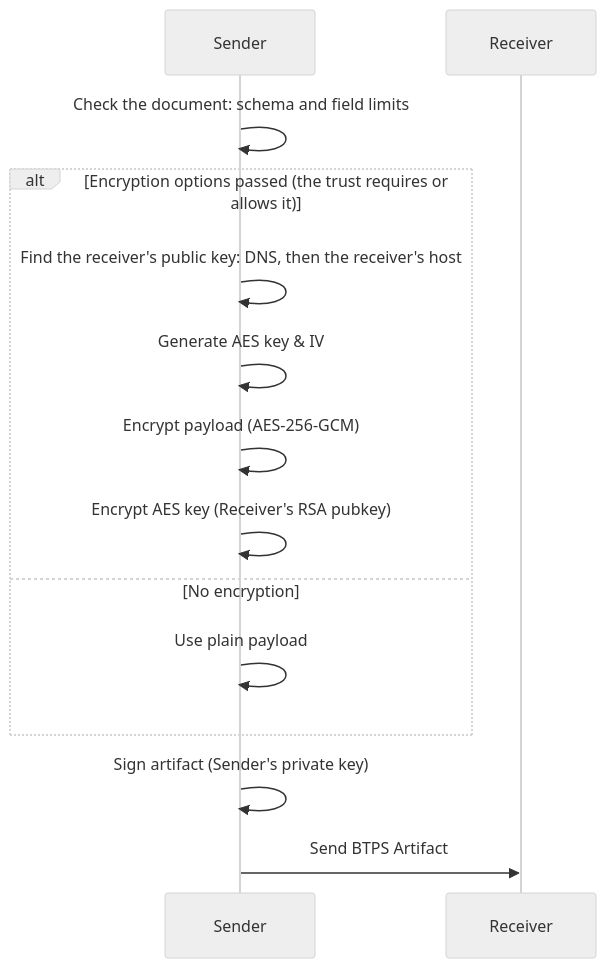
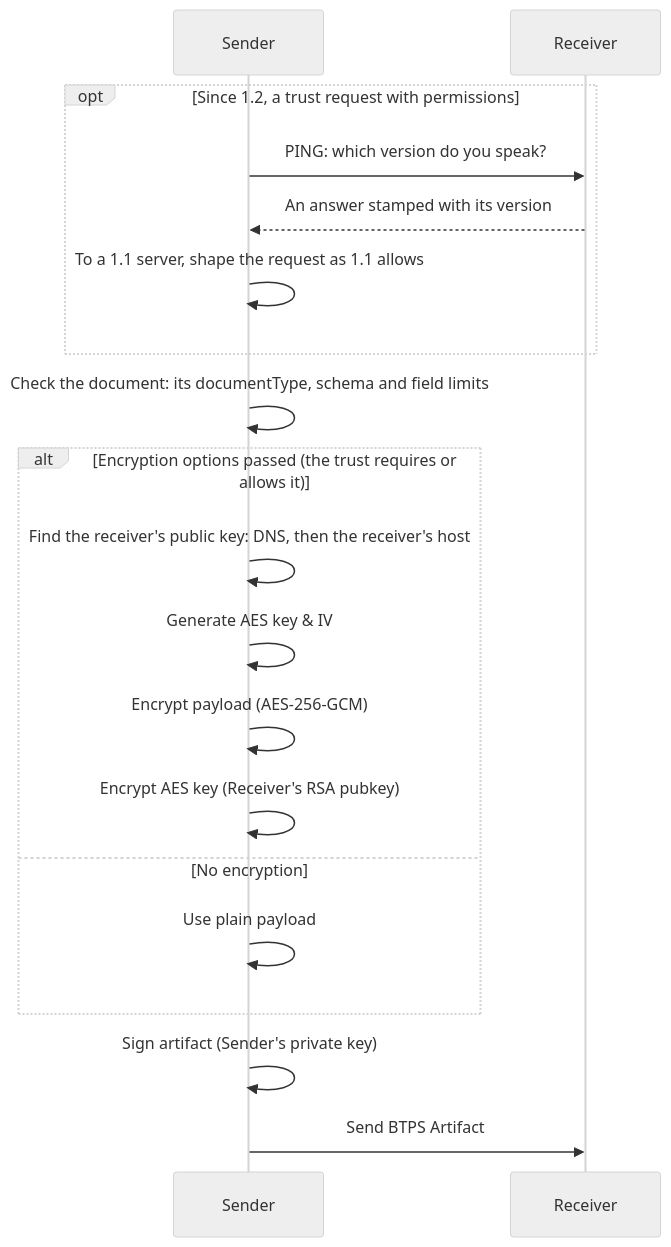
The diagram in docs/docusaurus/docs/protocol/security/encryption.md (openbtps/btps-node), drawn with Mermaid (neutral theme) before and after one commit. The commit also changed other lines of this file and 32 other files, not shown here.

````diff
--- a/docs/docusaurus/docs/protocol/security/encryption.md
+++ b/docs/docusaurus/docs/protocol/security/encryption.md
@@ -37,16 +39,21 @@
 ```mermaid
 sequenceDiagram
     participant Sender
     participant Receiver
-    Sender->>Sender: Check the document: schema and field limits
+    opt Since 1.2, a trust request with permissions
+        Sender->>Receiver: PING: which version do you speak?
+        Receiver-->>Sender: An answer stamped with its version
+        Sender->>Sender: To a 1.1 server, shape the request as 1.1 allows
+    end
+    Sender->>Sender: Check the document: its documentType, schema and field limits
     alt Encryption options passed (the trust requires or allows it)
         Sender->>Sender: Find the receiver's public key: DNS, then the receiver's host
         Sender->>Sender: Generate AES key & IV
         Sender->>Sender: Encrypt payload (AES-256-GCM)
         Sender->>Sender: Encrypt AES key (Receiver's RSA pubkey)
     else No encryption
         Sender->>Sender: Use plain payload
     end
     Sender->>Sender: Sign artifact (Sender's private key)
     Sender->>Receiver: Send BTPS Artifact
 ```
````
